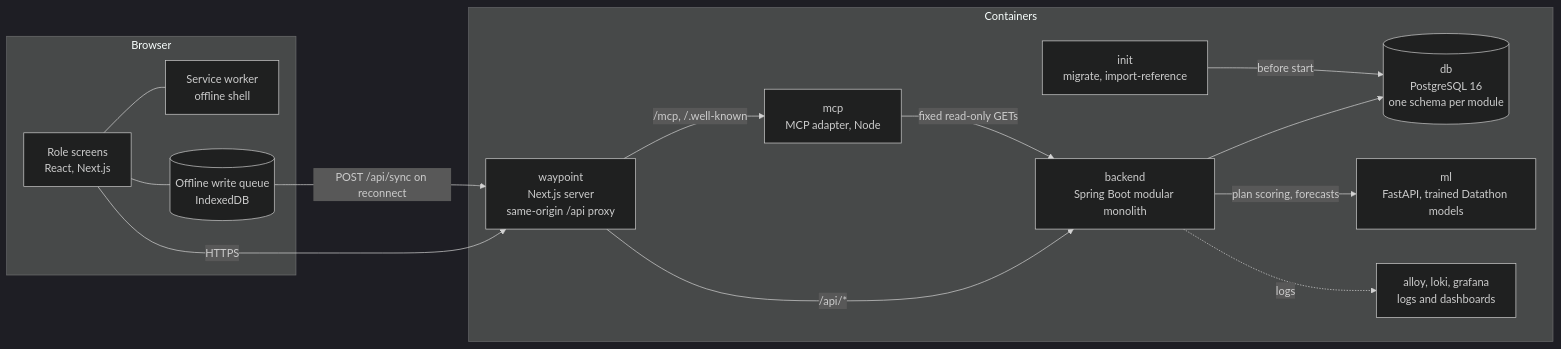
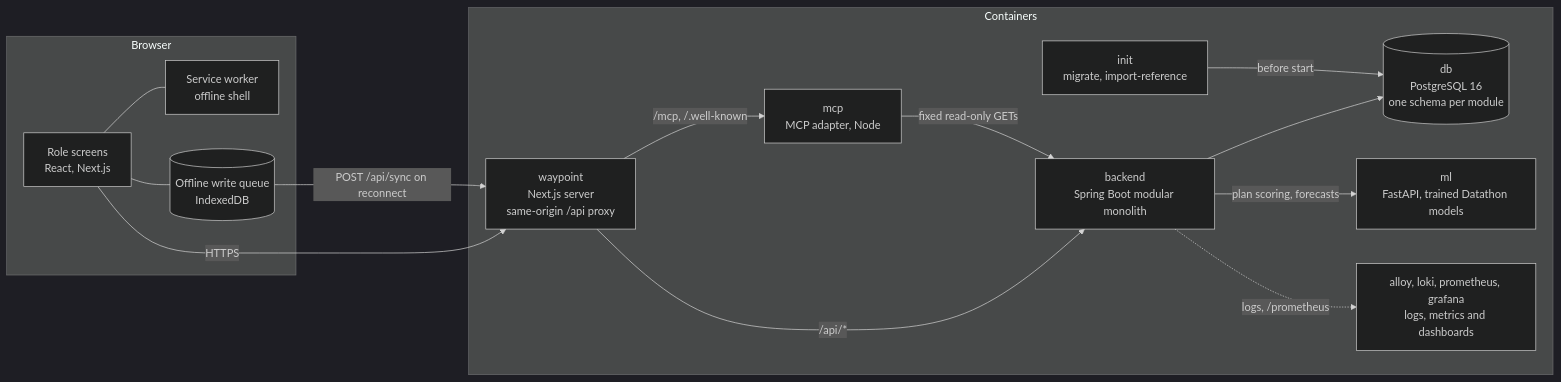
Before and after one commit to Dinusha-Ekanayake/Xception-WaypointGo: the second of 5 diagrams in docs/architecture.md, drawn with Mermaid (dark theme). The commit also changed other lines of this file and 12 other files, not shown here.

First line of the commit message:
docs: architecture diagrams and a current data model

````diff
--- a/docs/architecture.md
+++ b/docs/architecture.md
@@ -32,28 +36,28 @@
 ```mermaid
 flowchart LR
   subgraph Browser
     UI[Role screens<br/>React, Next.js]
     SW[Service worker<br/>offline shell]
     Q[(Offline write queue<br/>IndexedDB)]
     UI --- SW
     UI --- Q
   end
   subgraph Containers
     FE[waypoint<br/>Next.js server<br/>same-origin /api proxy]
     BE[backend<br/>Spring Boot modular monolith]
     DB[(db<br/>PostgreSQL 16<br/>one schema per module)]
     ML[ml<br/>FastAPI, trained Datathon models]
     MCP[mcp<br/>MCP adapter, Node]
     INIT[init<br/>migrate, import-reference]
-    OBS[alloy, loki, grafana<br/>logs and dashboards]
+    OBS[alloy, loki, prometheus, grafana<br/>logs, metrics and dashboards]
   end
   UI -->|HTTPS| FE
   Q -->|POST /api/sync on reconnect| FE
   FE -->|/api/*| BE
   FE -->|/mcp, /.well-known| MCP
   MCP -->|fixed read-only GETs| BE
   BE --> DB
   BE -->|plan scoring, forecasts| ML
   INIT -->|before start| DB
-  BE -. logs .-> OBS
+  BE -. logs, /prometheus .-> OBS
 ```
````
